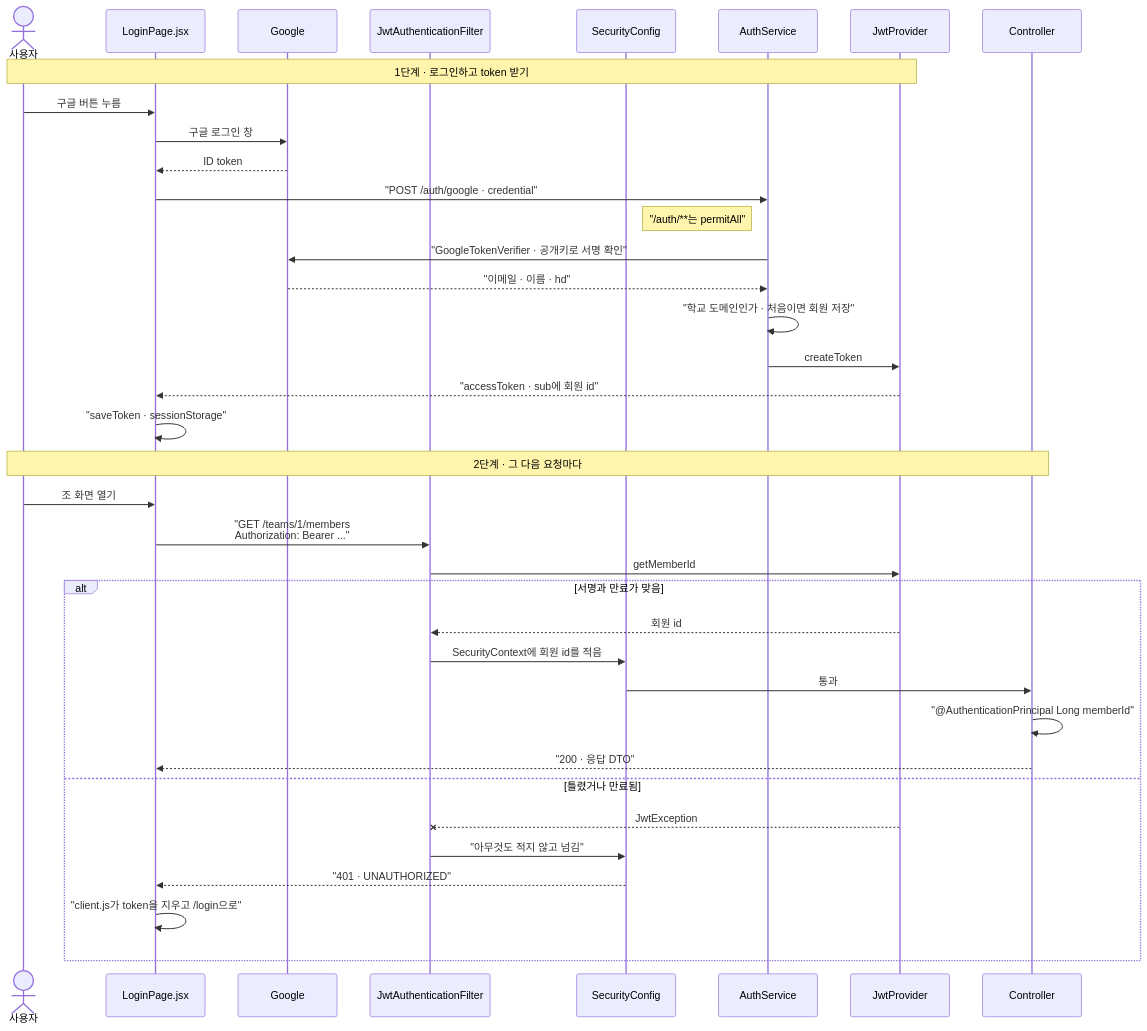
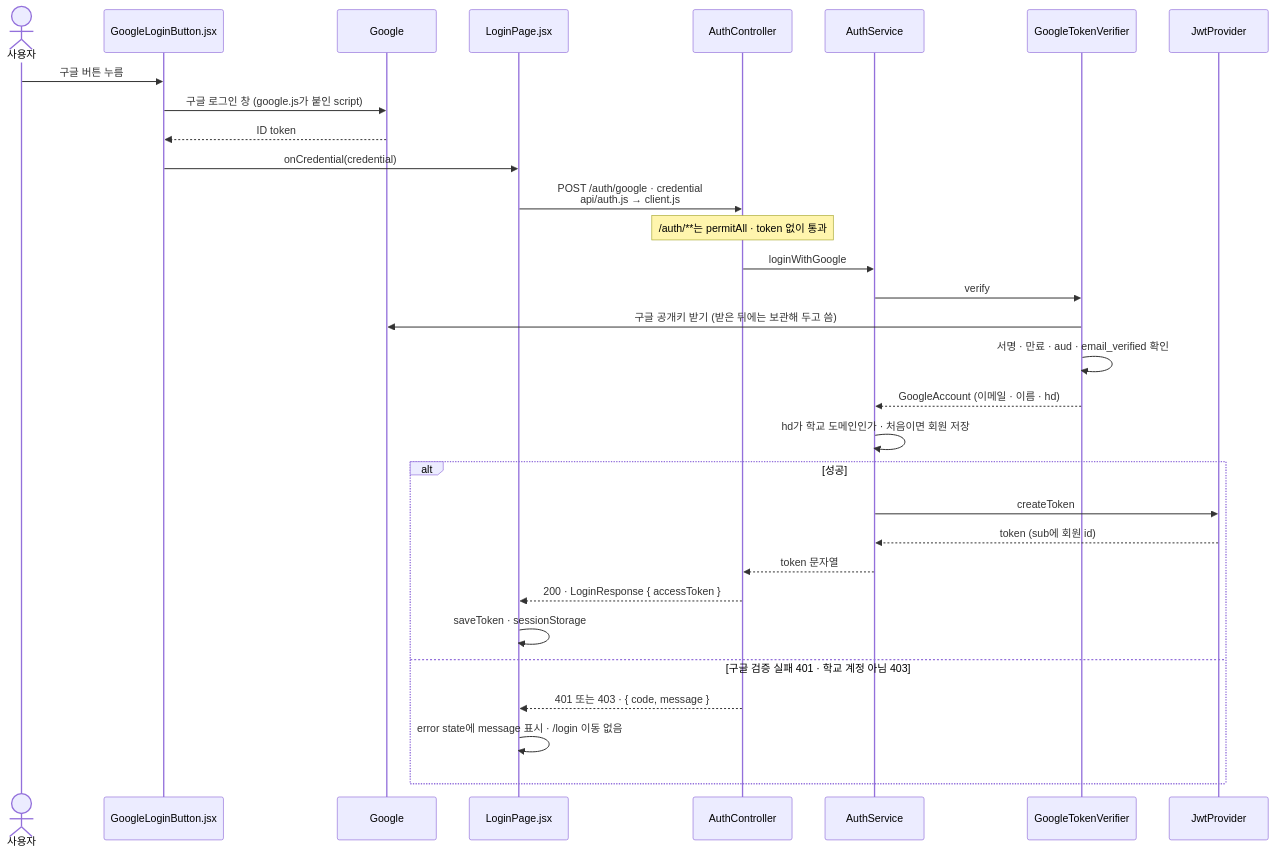
One commit to Pyrite9/footprint-demo changed the second of 6 diagrams in docs/architecture.md. Above: the diagram before and after it, drawn with Mermaid. The commit also changed other lines of this file and 11 other files, not shown here.

````diff
--- a/docs/architecture.md
+++ b/docs/architecture.md
@@ -51,41 +54,34 @@
 ```mermaid
 sequenceDiagram
     actor U as 사용자
+    participant B as GoogleLoginButton.jsx
+    participant G as Google
     participant P as LoginPage.jsx
-    participant G as Google
-    participant F as JwtAuthenticationFilter
-    participant S as SecurityConfig
+    participant AC as AuthController
     participant A as AuthService
+    participant V as GoogleTokenVerifier
     participant J as JwtProvider
-    participant C as Controller
 
-    Note over U,J: 1단계 · 로그인하고 token 받기
-    U->>P: 구글 버튼 누름
-    P->>G: 구글 로그인 창
-    G-->>P: ID token
-    P->>A: "POST /auth/google · credential"
-    Note right of S: "/auth/**는 permitAll"
-    A->>G: "GoogleTokenVerifier · 공개키로 서명 확인"
-    G-->>A: "이메일 · 이름 · hd"
-    A->>A: "학교 도메인인가 · 처음이면 회원 저장"
-    A->>J: createToken
-    J-->>P: "accessToken · sub에 회원 id"
-    P->>P: "saveToken · sessionStorage"
-
-    Note over U,C: 2단계 · 그 다음 요청마다
-    U->>P: 조 화면 열기
-    P->>F: "GET /teams/1/members<br/>Authorization: Bearer ..."
-    F->>J: getMemberId
-    alt 서명과 만료가 맞음
-        J-->>F: 회원 id
-        F->>S: SecurityContext에 회원 id를 적음
-        S->>C: 통과
-        C->>C: "@AuthenticationPrincipal Long memberId"
-        C-->>P: "200 · 응답 DTO"
-    else 틀렸거나 만료됨
-        J--xF: JwtException
-        F->>S: "아무것도 적지 않고 넘김"
-        S-->>P: "401 · UNAUTHORIZED"
-        P->>P: "client.js가 token을 지우고 /login으로"
+    U->>B: 구글 버튼 누름
+    B->>G: 구글 로그인 창 (google.js가 붙인 script)
+    G-->>B: ID token
+    B->>P: onCredential(credential)
+    P->>AC: POST /auth/google · credential<br/>api/auth.js → client.js
+    Note over AC: /auth/**는 permitAll · token 없이 통과
+    AC->>A: loginWithGoogle
+    A->>V: verify
+    V->>G: 구글 공개키 받기 (받은 뒤에는 보관해 두고 씀)
+    V->>V: 서명 · 만료 · aud · email_verified 확인
+    V-->>A: GoogleAccount (이메일 · 이름 · hd)
+    A->>A: hd가 학교 도메인인가 · 처음이면 회원 저장
+    alt 성공
+        A->>J: createToken
+        J-->>A: token (sub에 회원 id)
+        A-->>AC: token 문자열
+        AC-->>P: 200 · LoginResponse { accessToken }
+        P->>P: saveToken · sessionStorage
+    else 구글 검증 실패 401 · 학교 계정 아님 403
+        AC-->>P: 401 또는 403 · { code, message }
+        P->>P: error state에 message 표시 · /login 이동 없음
     end
 ```
````
